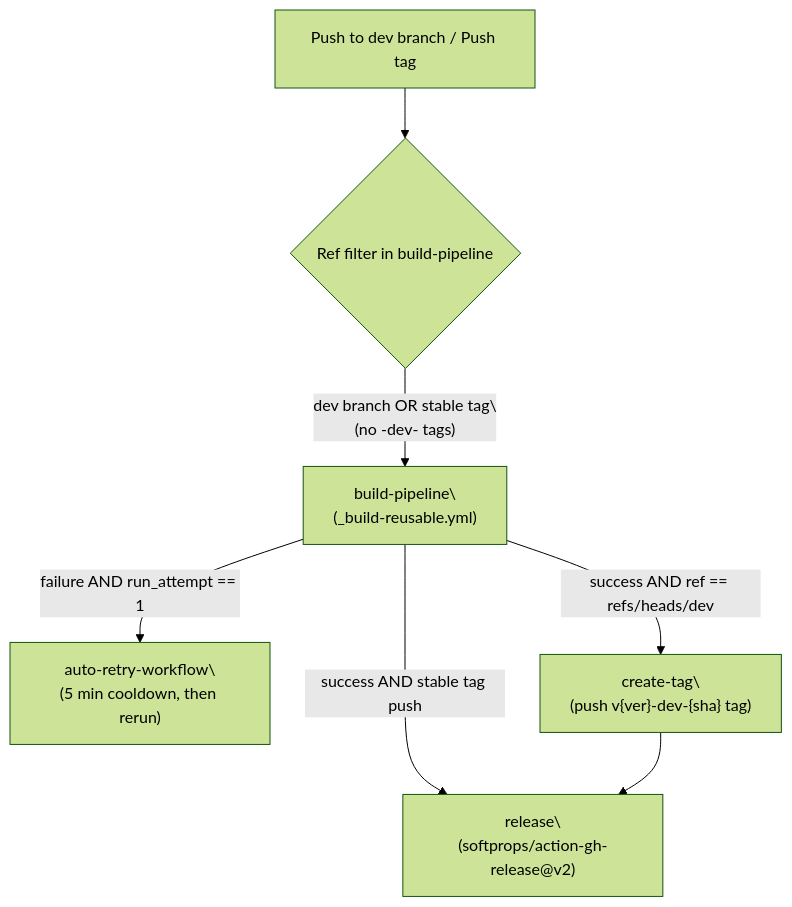
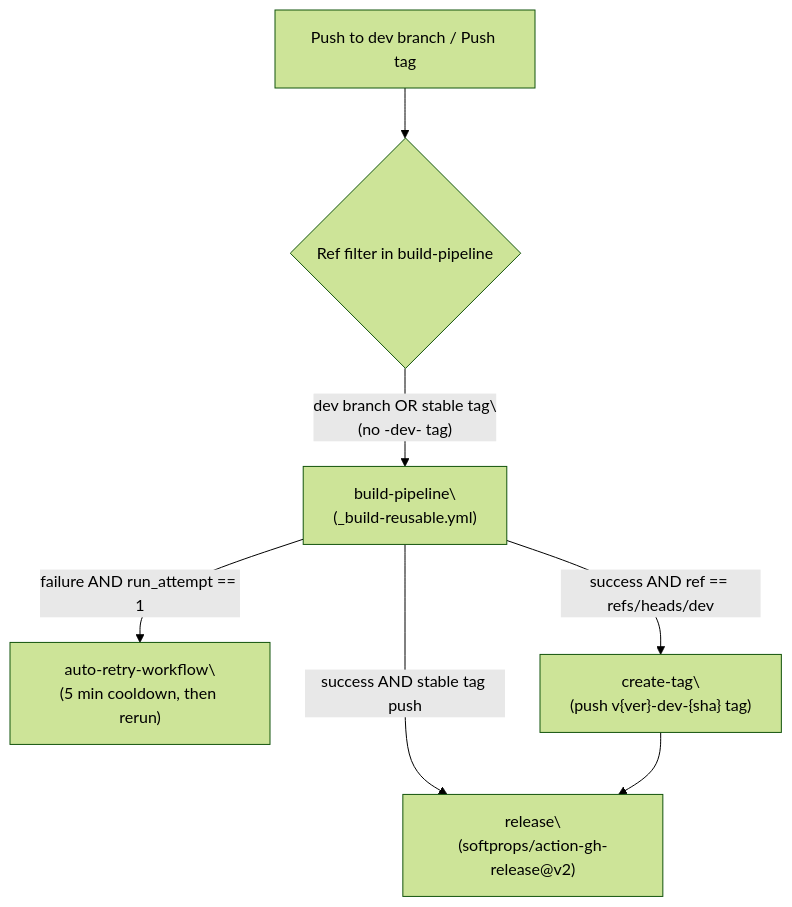
The first of 4 diagrams in docs/iOfficeAI_AionUi/build-and-deployment/release-management.md (blackcater/zentree), drawn with Mermaid (forest theme) before and after one commit. The commit also changed other lines of this file and 232 other files, not shown here.

````diff
--- a/docs/iOfficeAI_AionUi/build-and-deployment/release-management.md
+++ b/docs/iOfficeAI_AionUi/build-and-deployment/release-management.md
@@ -36,14 +56,14 @@
 ```mermaid
 flowchart TD
     push["Push to dev branch / Push tag"] --> refCheck{"Ref filter in build-pipeline"}
     refCheck -->|"dev branch OR stable tag\
-(no -dev- tags)"| buildPipeline["build-pipeline\
+(no -dev- tag)"| buildPipeline["build-pipeline\
 (_build-reusable.yml)"]
     buildPipeline -->|"failure AND run_attempt == 1"| autoRetry["auto-retry-workflow\
 (5 min cooldown, then rerun)"]
     buildPipeline -->|"success AND ref == refs/heads/dev"| createTag["create-tag\
 (push v{ver}-dev-{sha} tag)"]
     buildPipeline -->|"success AND stable tag push"| release["release\
 (softprops/action-gh-release@v2)"]
     createTag --> release
 ```
````
